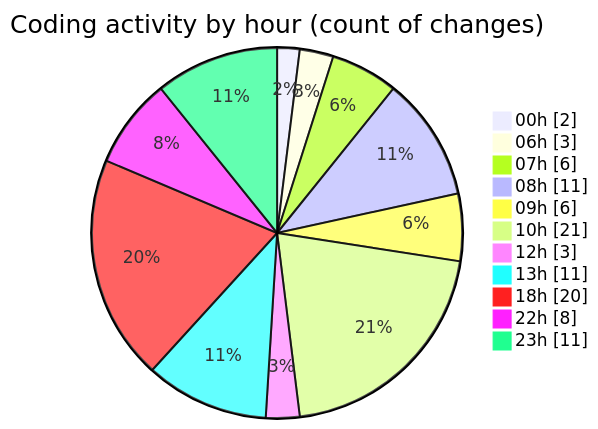
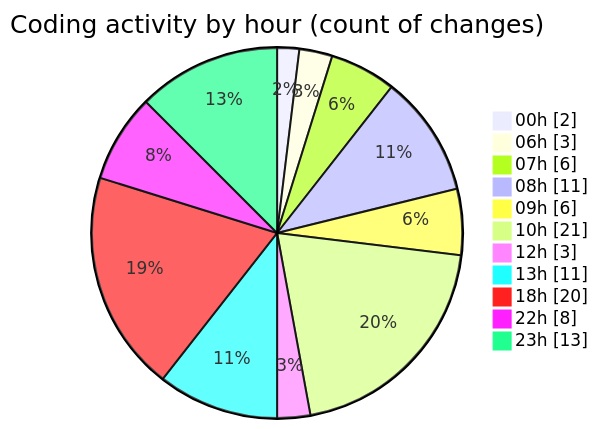
One commit to Elitesun/code-tracking changed the second of 2 diagrams in 2025-05-15/niten/README.md. Above: the diagram before and after it, drawn with Mermaid. The commit also changed other lines of this file and 1 other file, not shown here.

````diff
--- a/2025-05-15/niten/README.md
+++ b/2025-05-15/niten/README.md
@@ -58,15 +59,15 @@
 ```mermaid
 pie showData
 title Coding activity by hour (count of changes)
 "00h" : 2
 "06h" : 3
 "07h" : 6
 "08h" : 11
 "09h" : 6
 "10h" : 21
 "12h" : 3
 "13h" : 11
 "18h" : 20
 "22h" : 8
-"23h" : 11
+"23h" : 13
 ```
````
